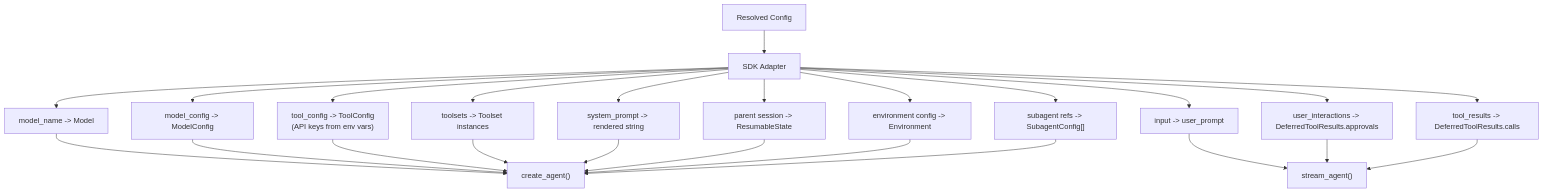
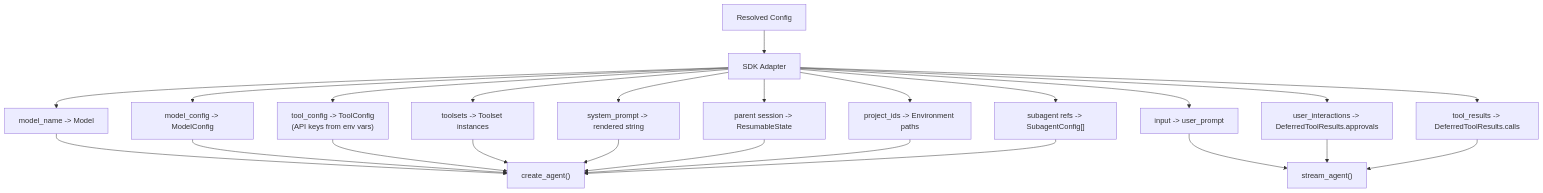
One commit to Wh1isper/netherbrain changed the fourth of 4 diagrams in spec/agent_runtime/03-execution.md. Above: the diagram before and after it, drawn with Mermaid. The commit also changed other lines of this file and 15 other files, not shown here.

First line of the commit message:
feat: add workspace and project-based environment model

````diff
--- a/spec/agent_runtime/03-execution.md
+++ b/spec/agent_runtime/03-execution.md
@@ -106,21 +116,21 @@
 ```mermaid
 flowchart TB
     RC[Resolved Config] --> ADP[SDK Adapter]
 
     ADP --> MODEL["model_name -> Model"]
     ADP --> MCFG["model_config -> ModelConfig"]
     ADP --> TCFG["tool_config -> ToolConfig<br/>(API keys from env vars)"]
     ADP --> TS["toolsets -> Toolset instances"]
     ADP --> SP["system_prompt -> rendered string"]
     ADP --> STATE["parent session -> ResumableState"]
-    ADP --> ENV["environment config -> Environment"]
+    ADP --> ENV["project_ids -> Environment paths"]
     ADP --> SUB["subagent refs -> SubagentConfig[]"]
 
     MODEL & MCFG & TCFG & TS & SP & STATE & ENV & SUB --> CA["create_agent()"]
 
     ADP --> UP["input -> user_prompt"]
     ADP --> UI["user_interactions -> DeferredToolResults.approvals"]
     ADP --> TR["tool_results -> DeferredToolResults.calls"]
 
     UP & UI & TR --> SA["stream_agent()"]
 ```
````
